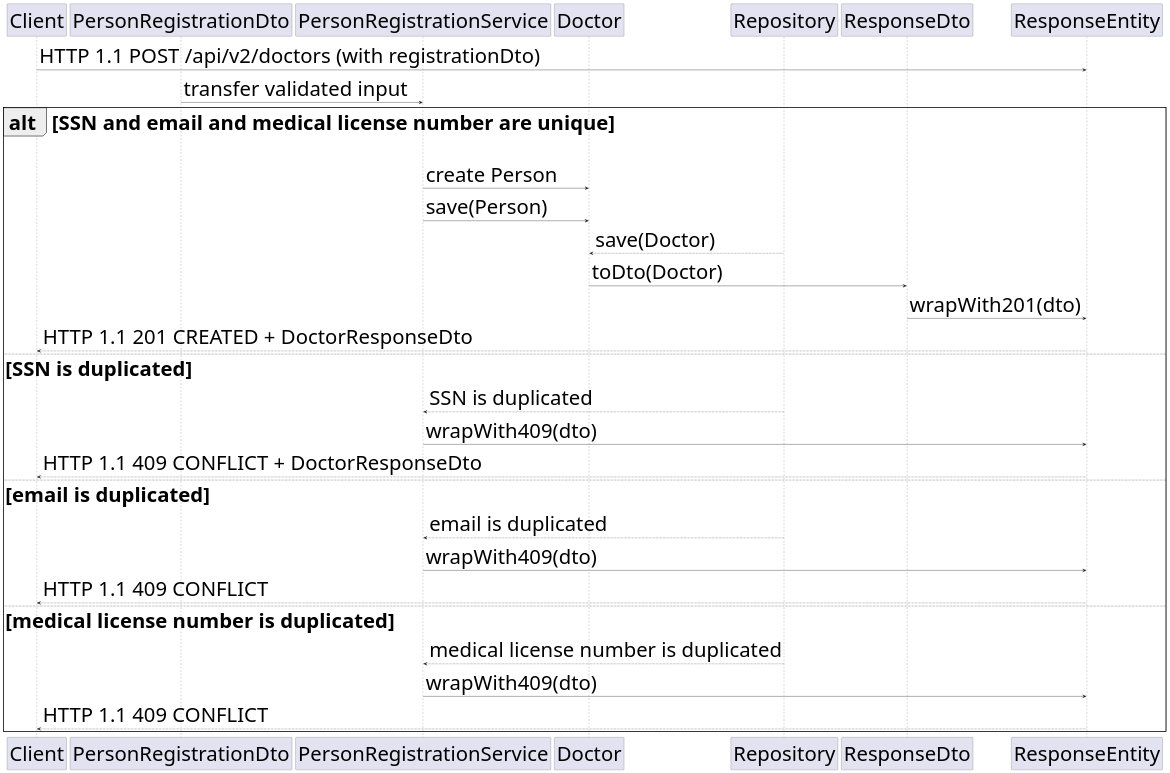
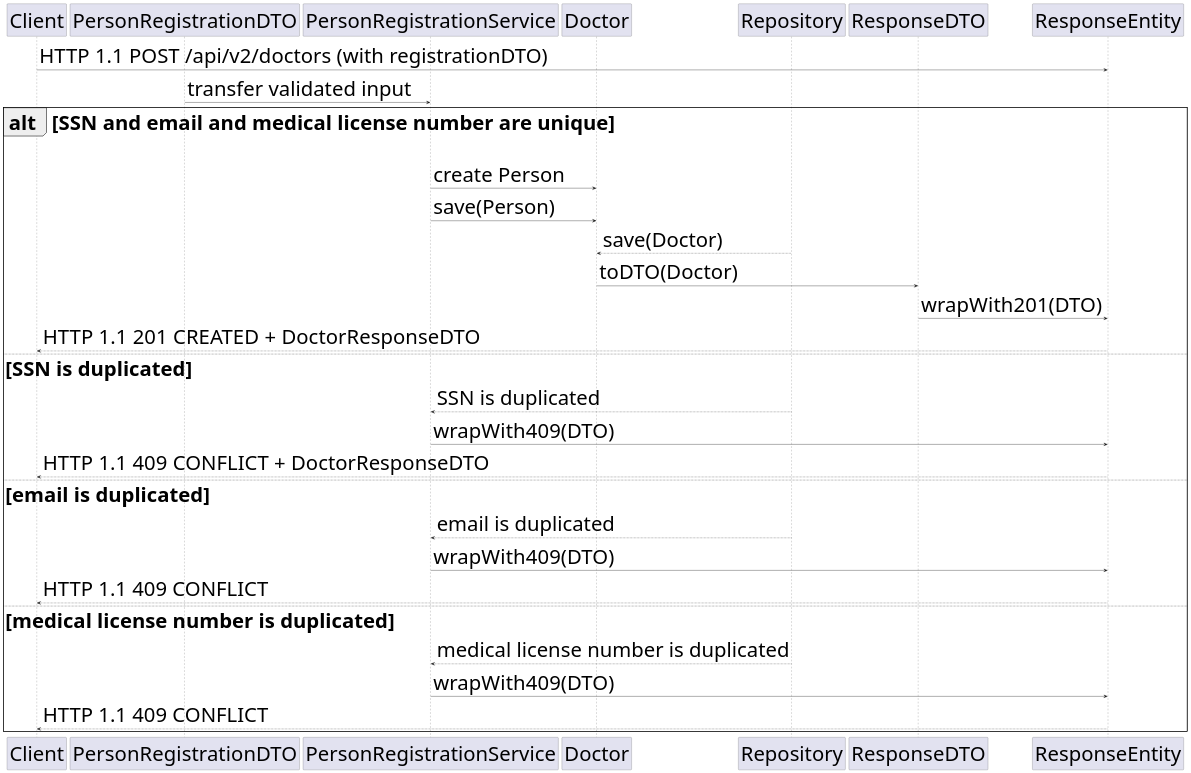
The diagram in codes/doctor_registration_sequence_diagram.wsd (LazaroDamasceno/Dissertacao-Mestrado), drawn with PlantUML before and after one commit. The commit also changed 18 other files, not shown here.

```diff
--- a/codes/doctor_registration_sequence_diagram.wsd
+++ b/codes/doctor_registration_sequence_diagram.wsd
@@ -1,57 +1,57 @@
 @startuml
 
 skinparam defaultFontSize 58
 
 participant "Client"
-participant "PersonRegistrationDto" as registrationDto
+participant "PersonRegistrationDTO" as registrationDTO
 participant "PersonRegistrationService" as registrationService
 participant "Doctor" as entity
 participant "Repository" as repository
-participant "ResponseDto" as responseDto
+participant "ResponseDTO" as responseDTO
 participant "ResponseEntity"
 
-Client -> ResponseEntity: HTTP 1.1 POST /api/v2/doctors (with registrationDto)
+Client -> ResponseEntity: HTTP 1.1 POST /api/v2/doctors (with registrationDTO)
 
-registrationDto -> registrationService: transfer validated input
+registrationDTO -> registrationService: transfer validated input
 
 alt SSN and email and medical license number are unique
 
 registrationService -> entity: create Person
 
 registrationService -> entity: save(Person)
 
 entity <-- repository: save(Doctor)
 
-entity -> responseDto: toDto(Doctor)
+entity -> responseDTO: toDTO(Doctor)
 
-responseDto -> ResponseEntity: wrapWith201(dto)
+responseDTO -> ResponseEntity: wrapWith201(DTO)
 
-Client <-- ResponseEntity: HTTP 1.1 201 CREATED + DoctorResponseDto
+Client <-- ResponseEntity: HTTP 1.1 201 CREATED + DoctorResponseDTO
 
 else SSN is duplicated
 
 registrationService <-- repository: SSN is duplicated
 
-registrationService -> ResponseEntity: wrapWith409(dto)
+registrationService -> ResponseEntity: wrapWith409(DTO)
 
-Client <-- ResponseEntity: HTTP 1.1 409 CONFLICT + DoctorResponseDto
+Client <-- ResponseEntity: HTTP 1.1 409 CONFLICT + DoctorResponseDTO
 
 else email is duplicated
 
 registrationService <-- repository: email is duplicated
 
-registrationService -> ResponseEntity: wrapWith409(dto)
+registrationService -> ResponseEntity: wrapWith409(DTO)
 
 Client <-- ResponseEntity: HTTP 1.1 409 CONFLICT
 
 else medical license number is duplicated
 
 registrationService <-- repository: medical license number is duplicated
 
-registrationService -> ResponseEntity: wrapWith409(dto)
+registrationService -> ResponseEntity: wrapWith409(DTO)
 
 Client <-- ResponseEntity: HTTP 1.1 409 CONFLICT
 
 end
 
 @enduml
```
